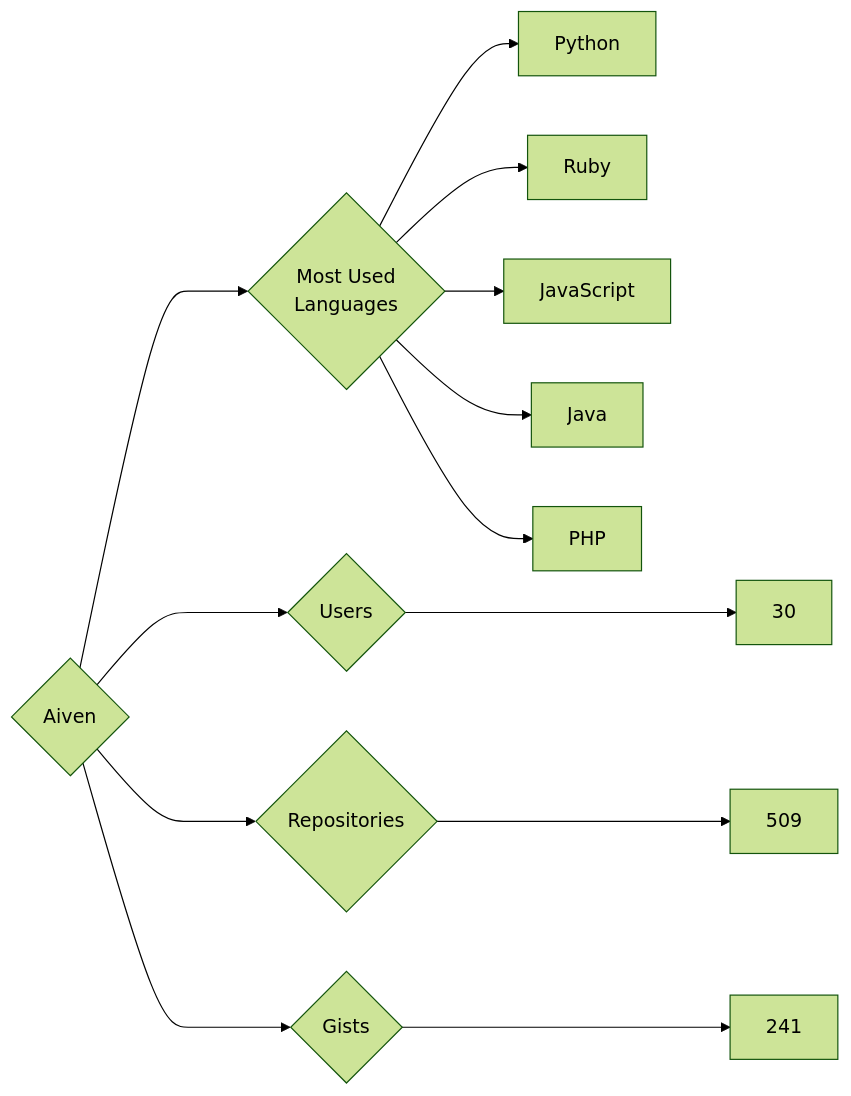
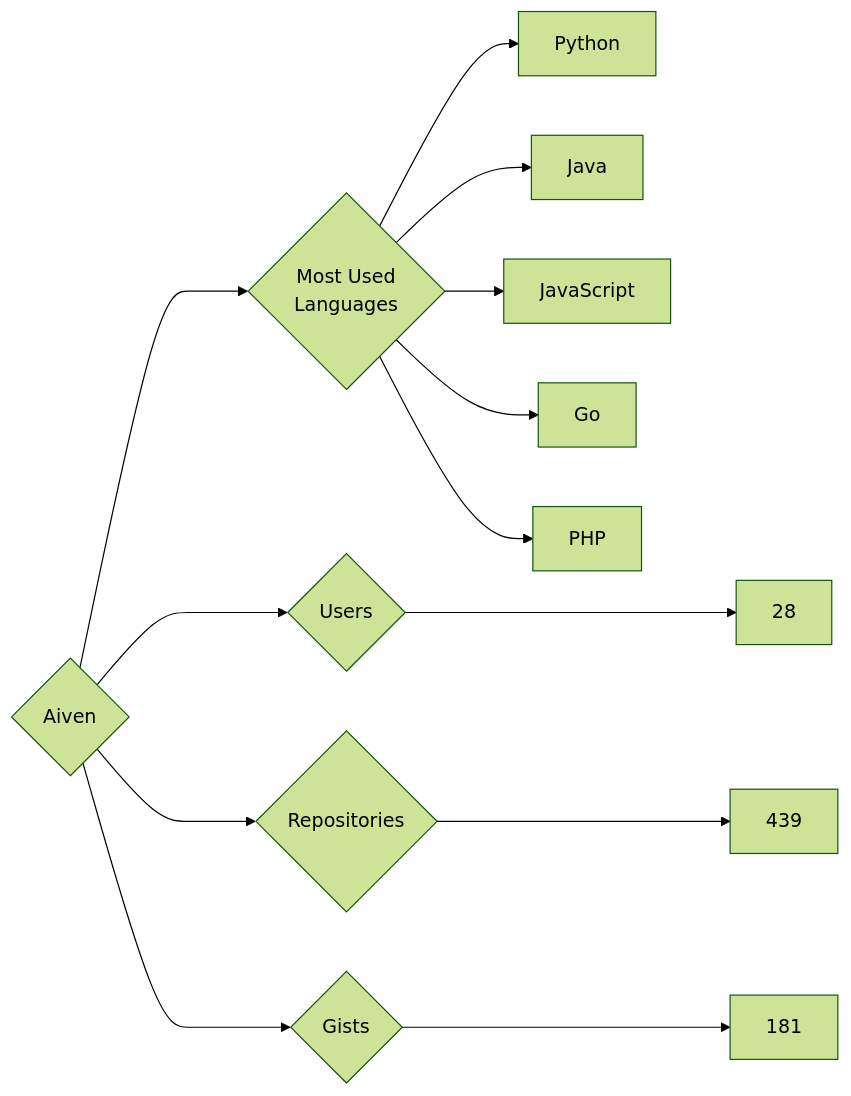
The diagram in targets/Aiven/README.md (trickest/insiders), drawn with Mermaid (forest theme) before and after one commit. The commit also changed 1314 other files, not shown here.

````diff
--- a/targets/Aiven/README.md
+++ b/targets/Aiven/README.md
@@ -3,13 +3,13 @@
 ```mermaid
 graph LR
 COMPANY_NAME{Aiven}
-COMPANY_NAME ---> U{Users} ---> UN[30]
-COMPANY_NAME ---> R{Repositories} ---> RN[509]
-COMPANY_NAME ---> G{Gists} ---> GN[241]
+COMPANY_NAME ---> U{Users} ---> UN[28]
+COMPANY_NAME ---> R{Repositories} ---> RN[439]
+COMPANY_NAME ---> G{Gists} ---> GN[181]
 COMPANY_NAME ---> ML{Most Used<br>Languages}
 ML --> Python[Python]
-ML --> Ruby[Ruby]
+ML --> Java[Java]
 ML --> JavaScript[JavaScript]
-ML --> Java[Java]
+ML --> Go[Go]
 ML --> PHP[PHP]
 ```
````
